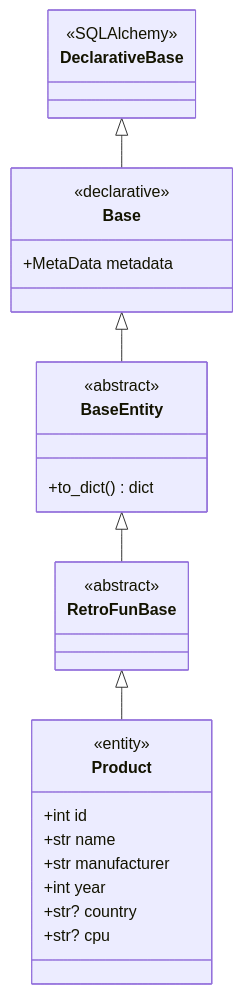
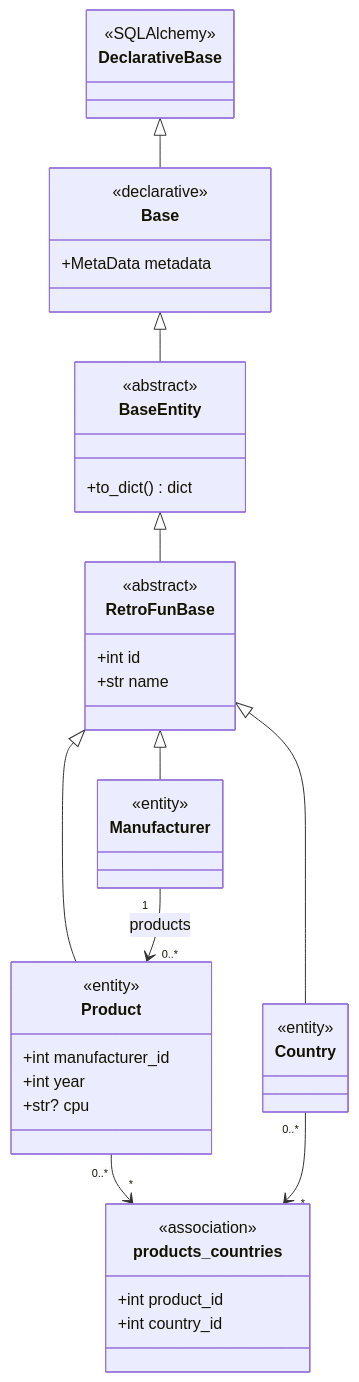
The diagram in docs/models.md (MohammedElHamraoui/retrofun), drawn with Mermaid before and after one commit. The commit also changed other lines of this file and 13 other files, not shown here.

First line of the commit message:
feat: add Country entity, many-to-many products, and Alembic migrations

````diff
--- a/docs/models.md
+++ b/docs/models.md
@@ -15,33 +13,48 @@
 ```mermaid
 classDiagram
     direction TB
 
     class DeclarativeBase {
         <<SQLAlchemy>>
     }
     class Base {
         <<declarative>>
         +MetaData metadata
     }
     class BaseEntity {
         <<abstract>>
         +to_dict() dict
     }
     class RetroFunBase {
         <<abstract>>
+        +int id
+        +str name
+    }
+    class Manufacturer {
+        <<entity>>
+    }
+    class Country {
+        <<entity>>
     }
     class Product {
         <<entity>>
-        +int id
-        +str name
-        +str manufacturer
+        +int manufacturer_id
         +int year
-        +str? country
         +str? cpu
+    }
+    class products_countries {
+        <<association>>
+        +int product_id
+        +int country_id
     }
 
     DeclarativeBase <|-- Base
     Base <|-- BaseEntity
     BaseEntity <|-- RetroFunBase
+    RetroFunBase <|-- Manufacturer
+    RetroFunBase <|-- Country
     RetroFunBase <|-- Product
+    Manufacturer "1" --> "0..*" Product : products
+    Product "0..*" --> "*" products_countries
+    Country "0..*" --> "*" products_countries
 ```
````
